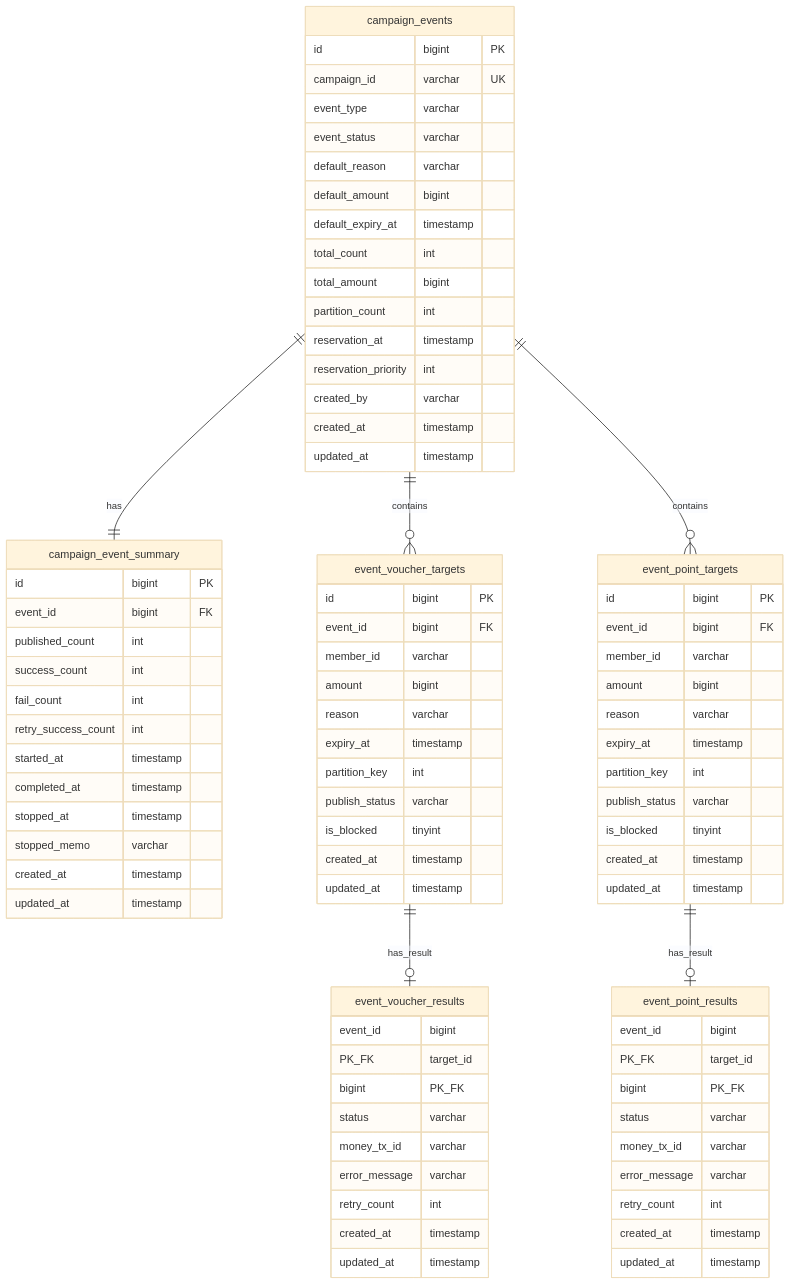
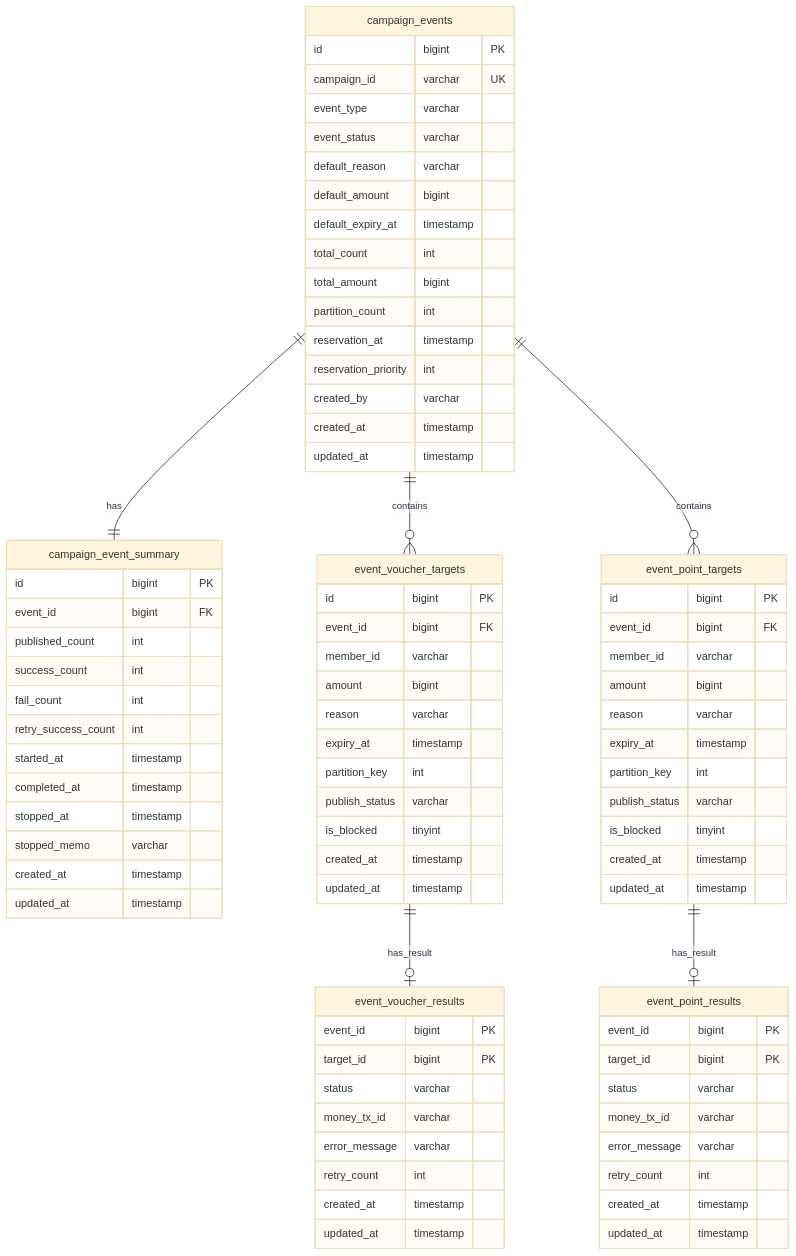
One commit to JiYoonKimjimmy/obsidian-vault changed the diagram in 1. Project/2026_MP_대량 포인트 지급 시스템/03_Data Modeling.md. Above: the diagram before and after it, drawn with Mermaid (base theme).

Commit message:
vault backup: 2026-01-19 11:24:24

```diff
--- a/1. Project/2026_MP_대량 포인트 지급 시스템/03_Data Modeling.md
+++ b/1. Project/2026_MP_대량 포인트 지급 시스템/03_Data Modeling.md
@@ -79,8 +79,8 @@
     }
     
     event_voucher_results {
-        event_id bigint PK_FK
-        target_id bigint PK_FK
+        event_id bigint PK
+        target_id bigint PK
         status varchar
         money_tx_id varchar
         error_message varchar
@@ -104,8 +104,8 @@
     }
     
     event_point_results {
-        event_id bigint PK_FK
-        target_id bigint PK_FK
+        event_id bigint PK
+        target_id bigint PK
         status varchar
         money_tx_id varchar
         error_message varchar
```
